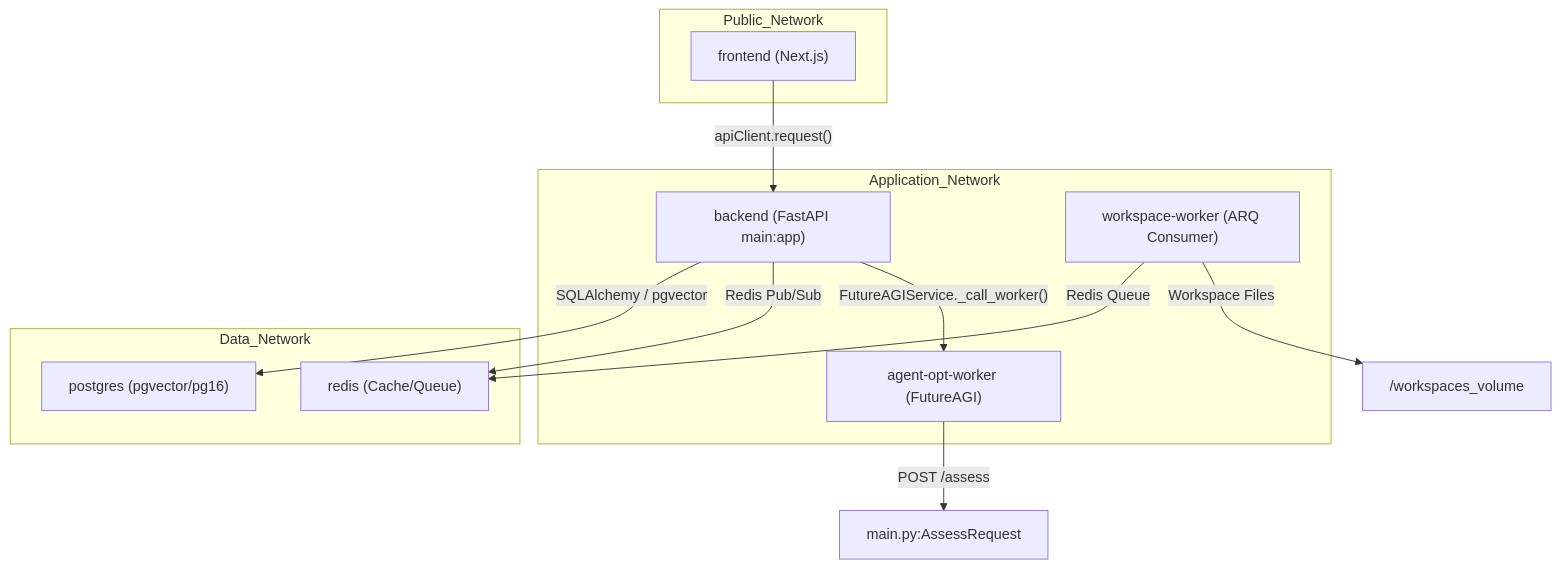
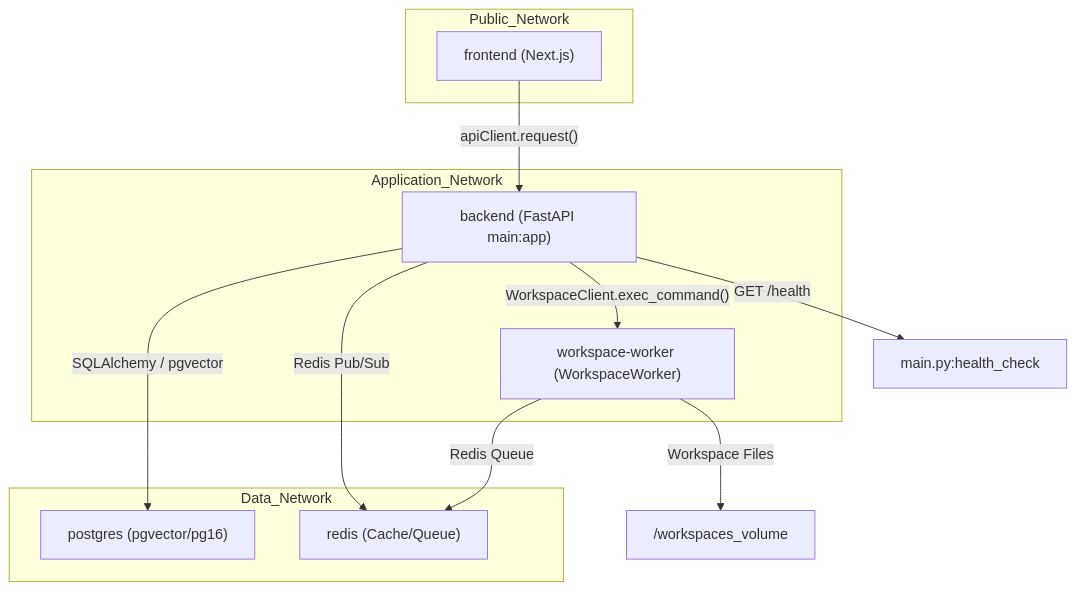
Before and after one commit to AutomatosAI/automatos-ai: the first of 2 diagrams in docs/deployment-infrastructure/docker-containerization.md, drawn with Mermaid. The commit also changed other lines of this file and 153 other files, not shown here.

````diff
--- a/docs/deployment-infrastructure/docker-containerization.md
+++ b/docs/deployment-infrastructure/docker-containerization.md
@@ -56,27 +52,26 @@
 ```mermaid
 graph TD
     subgraph "Public_Network"
         FE["frontend (Next.js)"]
     end
 
     subgraph "Application_Network"
         ORC["backend (FastAPI main:app)"]
-        W_WORKER["workspace-worker (ARQ Consumer)"]
-        OPT_WORKER["agent-opt-worker (FutureAGI)"]
+        W_WORKER["workspace-worker (WorkspaceWorker)"]
     end
 
     subgraph "Data_Network"
         PG["postgres (pgvector/pg16)"]
         RD["redis (Cache/Queue)"]
     end
 
     FE -- "apiClient.request()" --> ORC
     ORC -- "SQLAlchemy / pgvector" --> PG
     ORC -- "Redis Pub/Sub" --> RD
-    ORC -- "FutureAGIService._call_worker()" --> OPT_WORKER
+    ORC -- "WorkspaceClient.exec_command()" --> W_WORKER
     
     W_WORKER -- "Redis Queue" --> RD
     W_WORKER -- "Workspace Files" --> VOL["/workspaces_volume"]
 
-    OPT_WORKER -- "POST /assess" --> OPT_WORKER_CODE["main.py:AssessRequest"]
+    ORC -- "GET /health" --> HEALTH["main.py:health_check"]
 ```
````
